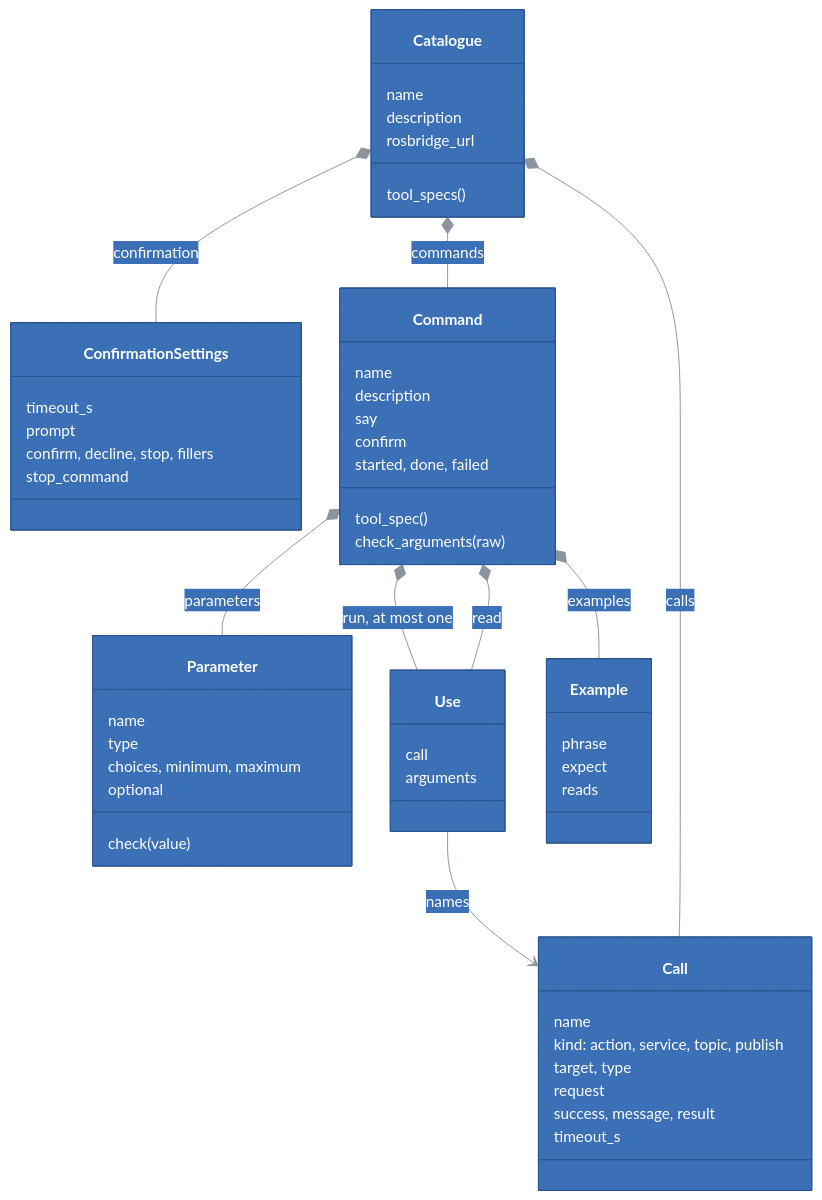
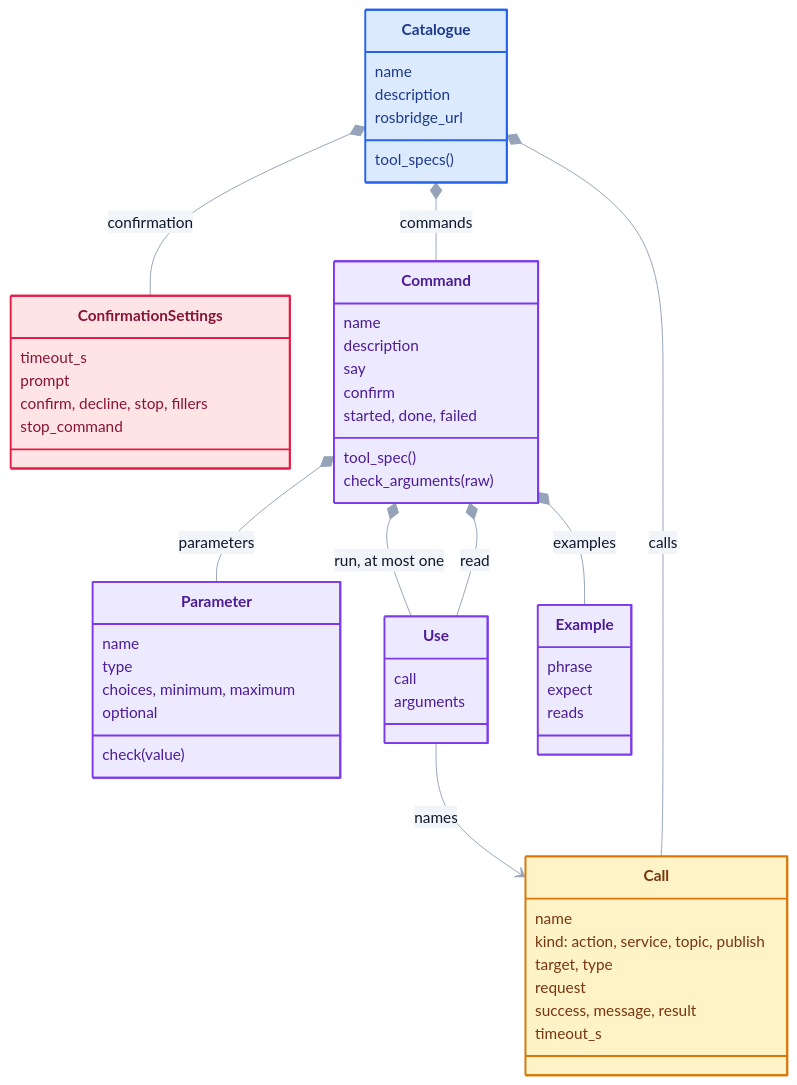
Before and after one commit to kineticsystem/stepit-speech: the seventh of 10 diagrams in docs/ARCHITECTURE.md, drawn with Mermaid. The commit also changed other lines of this file, not shown here.

First line of the commit message:
ARCHITECTURE: more readable diagrams

````diff
--- a/docs/ARCHITECTURE.md
+++ b/docs/ARCHITECTURE.md
@@ -461,56 +572,44 @@
 ---
 config:
   theme: base
-  themeCSS: ".edgeLabel p { padding: 4px 10px; }"
   flowchart:
-    padding: 20
-    nodeSpacing: 40
-    rankSpacing: 50
+    curve: basis
+    padding: 22
+    nodeSpacing: 46
+    rankSpacing: 58
   class:
-    padding: 16
-  sequence:
-    boxMargin: 12
-    boxTextMargin: 8
-    noteMargin: 28
-    messageMargin: 40
-    actorMargin: 60
-    labelBoxWidth: 56
-    labelBoxHeight: 28
+    padding: 10
   themeVariables:
-    primaryColor: "#3b6fb6"
-    primaryTextColor: "#ffffff"
-    primaryBorderColor: "#2c5590"
-    lineColor: "#8b949e"
-    textColor: "#4d86d6"
-    actorBkg: "#3b6fb6"
-    actorBorder: "#2c5590"
-    actorTextColor: "#ffffff"
-    actorLineColor: "#8b949e"
-    signalColor: "#8b949e"
-    signalTextColor: "#4d86d6"
-    noteBkgColor: "#3b6fb6"
-    noteTextColor: "#ffffff"
-    noteBorderColor: "#2c5590"
-    secondaryColor: "#3b6fb6"
-    tertiaryColor: "#3b6fb6"
+    lineColor: "#94a3b8"
+    textColor: "#64748b"
+    primaryColor: "#f1f5f9"
+    primaryBorderColor: "#64748b"
+    primaryTextColor: "#0f172a"
+    secondaryColor: "#f1f5f9"
+    secondaryBorderColor: "#64748b"
+    secondaryTextColor: "#0f172a"
+    tertiaryColor: "#f1f5f9"
+    tertiaryBorderColor: "#64748b"
+    tertiaryTextColor: "#0f172a"
+    mainBkg: "#f1f5f9"
+    nodeBorder: "#64748b"
+    nodeTextColor: "#0f172a"
+    classText: "#0f172a"
     clusterBkg: "transparent"
-    clusterBorder: "#8b949e"
-    titleColor: "#4d86d6"
-    edgeLabelBackground: "#3b6fb6"
-    classText: "#ffffff"
-    labelBoxBkgColor: "#3b6fb6"
-    labelBoxBorderColor: "#2c5590"
-    labelTextColor: "#ffffff"
-    loopTextColor: "#4d86d6"
-    mainBkg: "#3b6fb6"
-    nodeBorder: "#2c5590"
-    nodeTextColor: "#ffffff"
-    secondaryBorderColor: "#2c5590"
-    secondaryTextColor: "#ffffff"
-    tertiaryBorderColor: "#2c5590"
-    tertiaryTextColor: "#ffffff"
-    errorBkgColor: "#3b6fb6"
-    errorTextColor: "#ffffff"
+    clusterBorder: "#94a3b8"
+    titleColor: "#64748b"
+    edgeLabelBackground: "#ffffff"
+  themeCSS: >
+    .node rect, .node polygon, .node path {
+      filter: drop-shadow(0 3px 6px rgba(15, 23, 42, 0.18));
+    }
+    .node rect { rx: 14px; ry: 14px; }
+    .cluster rect { rx: 18px; ry: 18px; }
+    .edgeLabel, .edgeLabel p, .edgeLabel span {
+      background: #ffffff; color: #475569; border-radius: 999px;
+    }
+    .edgeLabel p { padding: 3px 10px; }
+    .labelBkg { background: transparent !important; fill: none !important; }
 ---
 classDiagram
     direction TB
@@ -567,4 +666,12 @@
     Command *-- Use : read
     Command *-- Example : examples
     Use --> Call : names
+
+    style Catalogue fill:#dbeafe,stroke:#2563eb,stroke-width:2px,color:#1e3a8a
+    style ConfirmationSettings fill:#ffe4e6,stroke:#e11d48,stroke-width:2px,color:#881337
+    style Command fill:#ede9fe,stroke:#7c3aed,stroke-width:2px,color:#4c1d95
+    style Parameter fill:#ede9fe,stroke:#7c3aed,stroke-width:2px,color:#4c1d95
+    style Use fill:#ede9fe,stroke:#7c3aed,stroke-width:2px,color:#4c1d95
+    style Example fill:#ede9fe,stroke:#7c3aed,stroke-width:2px,color:#4c1d95
+    style Call fill:#fef3c7,stroke:#d97706,stroke-width:2px,color:#78350f
 ```
````
